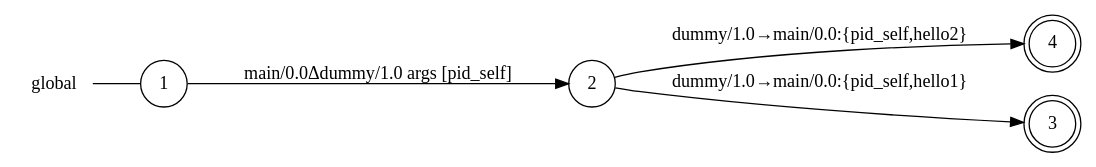
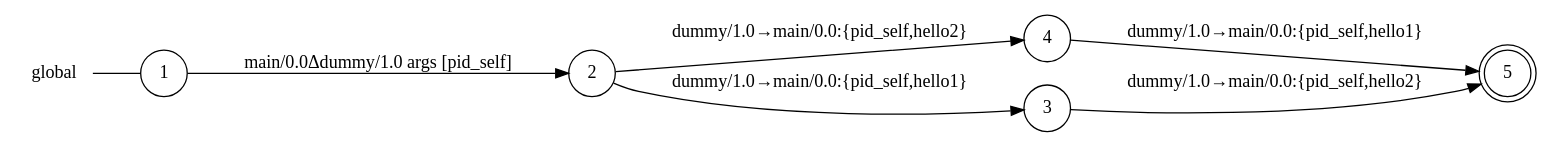
Before and after one commit to gabrielegenovese/chorer: the diagram in examples/function-call/main_0_global_view.dot, drawn with Graphviz. The commit also changed 95 other files, not shown here.

Commit message:
tiny refactor db and settings module created minimize done only on graph saving globalview  now supports epsilon transitions

```diff
--- a/examples/function-call/main_0_global_view.dot
+++ b/examples/function-call/main_0_global_view.dot
@@ -1,13 +1,16 @@
 digraph global {
 	rankdir="LR";
 	n_0 [label="global", shape="plaintext"];
 	n_1 [id="1", shape=circle, label="1"];
 	n_0 -> n_1 [arrowhead=none];
-	n_2 [id="2", shape=circle, label="2"];
-	n_3 [id="4", shape=doublecircle, label="4"];
-	n_4 [id="3", shape=doublecircle, label="3"];
+	n_2 [id="4", shape=circle, label="4"];
+	n_3 [id="3", shape=circle, label="3"];
+	n_4 [id="2", shape=circle, label="2"];
+	n_5 [id="5", shape=doublecircle, label="5"];
 
-	n_2 -> n_4 [id="[$e|1]", label="dummy/1.0→main/0.0:{pid_self,hello1}"];
-	n_1 -> n_2 [id="[$e|0]", label="main/0.0Δdummy/1.0 args [pid_self]"];
-	n_2 -> n_3 [id="[$e|2]", label="dummy/1.0→main/0.0:{pid_self,hello2}"];
+	n_3 -> n_5 [id="[$e|3]", label="dummy/1.0→main/0.0:{pid_self,hello2}"];
+	n_2 -> n_5 [id="[$e|4]", label="dummy/1.0→main/0.0:{pid_self,hello1}"];
+	n_4 -> n_3 [id="[$e|1]", label="dummy/1.0→main/0.0:{pid_self,hello1}"];
+	n_1 -> n_4 [id="[$e|0]", label="main/0.0Δdummy/1.0 args [pid_self]"];
+	n_4 -> n_2 [id="[$e|2]", label="dummy/1.0→main/0.0:{pid_self,hello2}"];
 }
```
